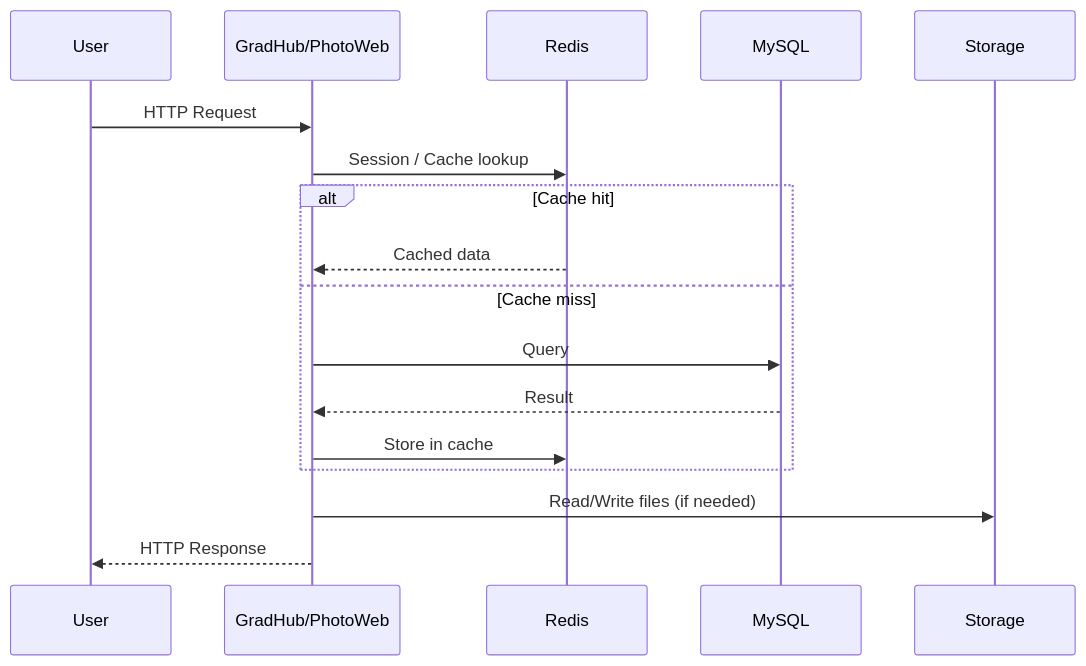
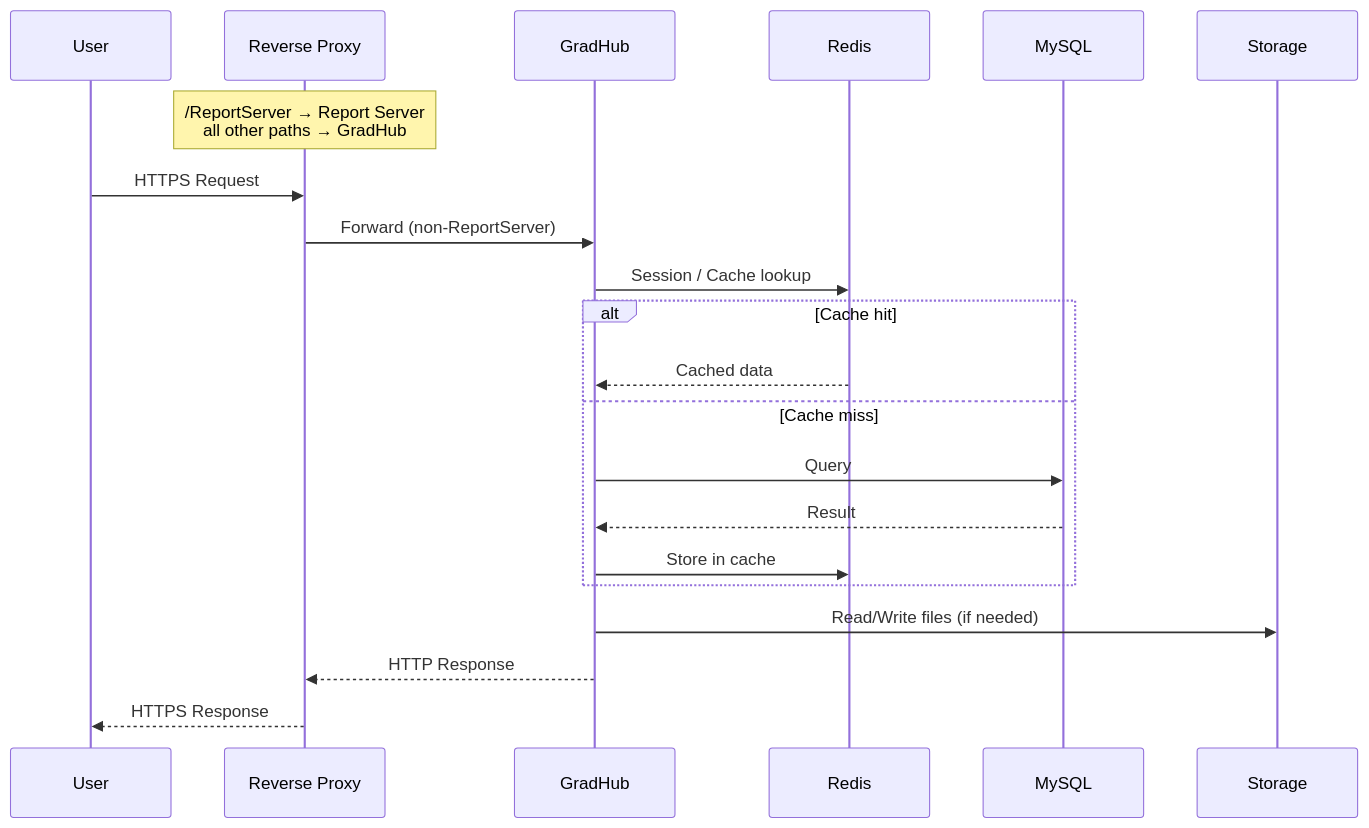
Before and after one commit to yeremko/gatest: the third of 7 diagrams in architecture.md, drawn with Mermaid. The commit also changed other lines of this file, not shown here.

````diff
--- a/architecture.md
+++ b/architecture.md
@@ -100,20 +109,24 @@
 ```mermaid
 sequenceDiagram
     participant User
-    participant App as GradHub/PhotoWeb
+    participant Proxy as Reverse Proxy
+    participant App as GradHub
     participant Redis
     participant MySQL
     participant Storage
 
-    User->>App: HTTP Request
+    Note over Proxy: /ReportServer → Report Server<br/>all other paths → GradHub
+    User->>Proxy: HTTPS Request
+    Proxy->>App: Forward (non-ReportServer)
     App->>Redis: Session / Cache lookup
     alt Cache hit
         Redis-->>App: Cached data
     else Cache miss
         App->>MySQL: Query
         MySQL-->>App: Result
         App->>Redis: Store in cache
     end
     App->>Storage: Read/Write files (if needed)
-    App-->>User: HTTP Response
+    App-->>Proxy: HTTP Response
+    Proxy-->>User: HTTPS Response
 ```
````
